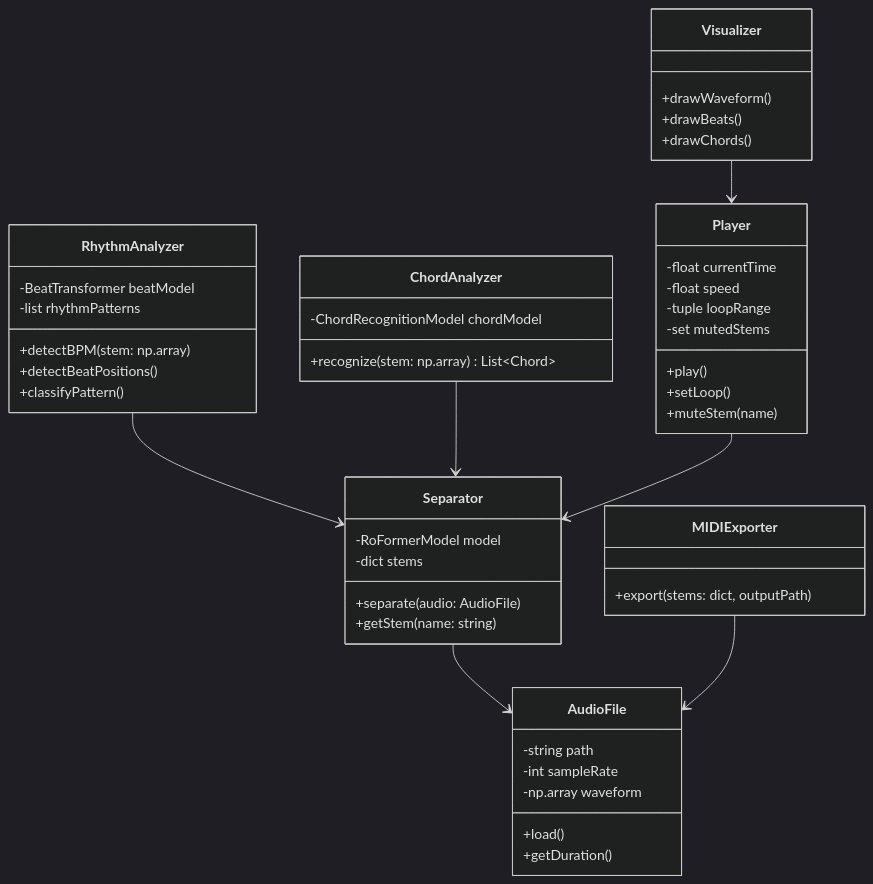
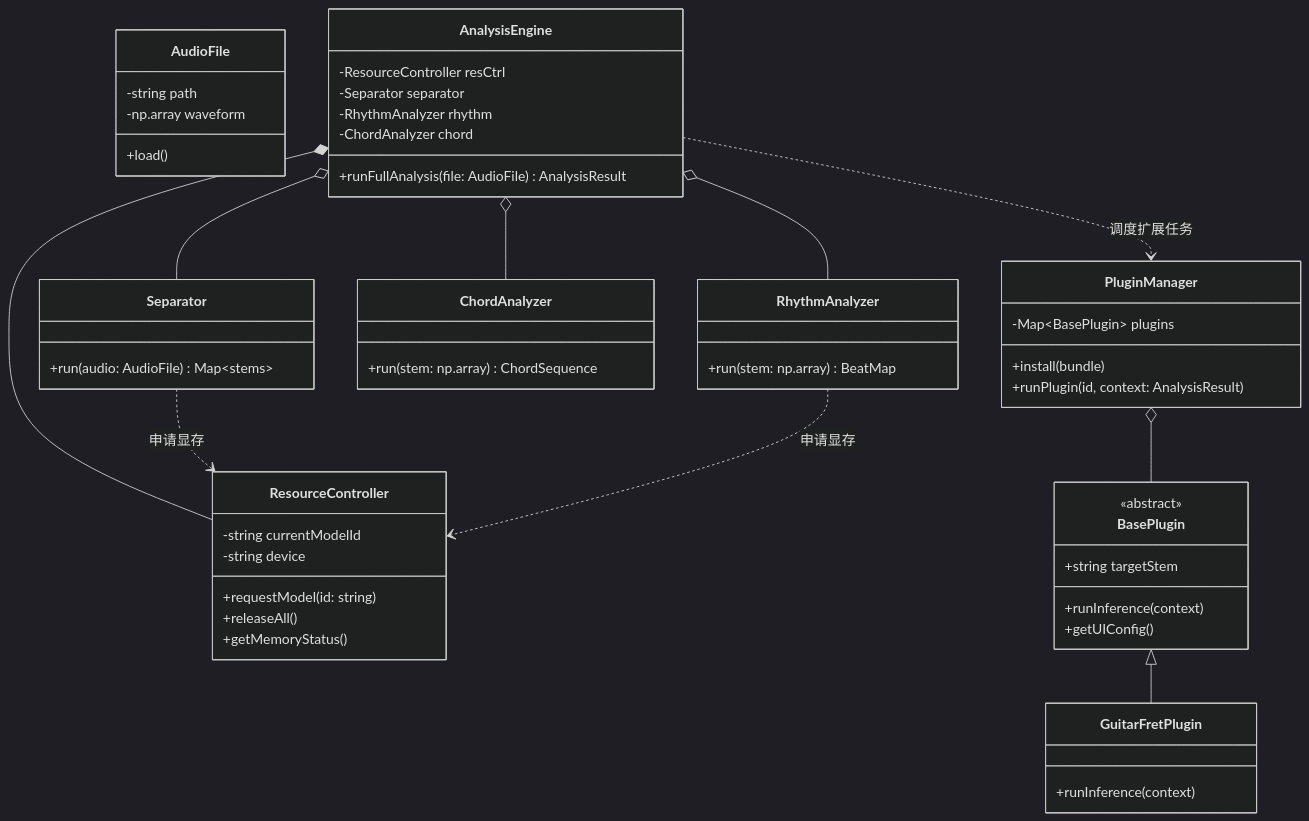
Before and after one commit to GotoMiyuki/TABsucks: the second of 3 diagrams in 需求构思与建模.md, drawn with Mermaid (dark theme). The commit also changed other lines of this file, not shown here.

````diff
--- a/需求构思与建模.md
+++ b/需求构思与建模.md
@@ -132,57 +133,71 @@
 ```mermaid
 classDiagram
+    %% 核心数据
     class AudioFile {
       -string path
-      -int sampleRate
       -np.array waveform
       +load()
-      +getDuration()
+    }
+
+    %% 资源调度 (算力优化核心)
+    class ResourceController {
+      -string currentModelId
+      -string device
+      +requestModel(id: string)
+      +releaseAll()
+      +getMemoryStatus()
+    }
+
+    %% 核心分析引擎
+    class AnalysisEngine {
+      -ResourceController resCtrl
+      -Separator separator
+      -RhythmAnalyzer rhythm
+      -ChordAnalyzer chord
+      +runFullAnalysis(file: AudioFile) AnalysisResult
     }
 
     class Separator {
-      -RoFormerModel model
-      -dict stems
-      +separate(audio: AudioFile)
-      +getStem(name: string)
+      +run(audio: AudioFile) Map~stems~
     }
 
     class RhythmAnalyzer {
-      -BeatTransformer beatModel
-      -list rhythmPatterns
-      +detectBPM(stem: np.array)
-      +detectBeatPositions()
-      +classifyPattern()
+      +run(stem: np.array) BeatMap
     }
 
     class ChordAnalyzer {
-      -ChordRecognitionModel chordModel
-      +recognize(stem: np.array) List~Chord~
+      +run(stem: np.array) ChordSequence
     }
 
-    class Player {
-      -float currentTime
-      -float speed
-      -tuple loopRange
-      -set mutedStems
-      +play()
-      +setLoop()
-      +muteStem(name)
+    %% 插件系统
+    class PluginManager {
+      -Map~BasePlugin~ plugins
+      +install(bundle)
+      +runPlugin(id, context: AnalysisResult)
     }
 
-    class Visualizer {
-      +drawWaveform()
-      +drawBeats()
-      +drawChords()
+    class BasePlugin {
+      <<abstract>>
+      +string targetStem
+      +runInference(context)
+      +getUIConfig()
     }
 
-    class MIDIExporter {
-      +export(stems: dict, outputPath)
+    class GuitarFretPlugin {
+      +runInference(context)
     }
 
-    Separator --> AudioFile
-    RhythmAnalyzer --> Separator
-    ChordAnalyzer --> Separator
-    Player --> Separator
-    Visualizer --> Player
-    MIDIExporter --> AudioFile
+    %% 关联关系
+    AnalysisEngine *-- ResourceController
+    AnalysisEngine o-- Separator
+    AnalysisEngine o-- RhythmAnalyzer
+    AnalysisEngine o-- ChordAnalyzer
+    
+    Separator ..> ResourceController : 申请显存
+    RhythmAnalyzer ..> ResourceController : 申请显存
+    
+    PluginManager o-- BasePlugin
+    BasePlugin <|-- GuitarFretPlugin
+    
+    AnalysisEngine ..> PluginManager : 调度扩展任务
 ```
````
